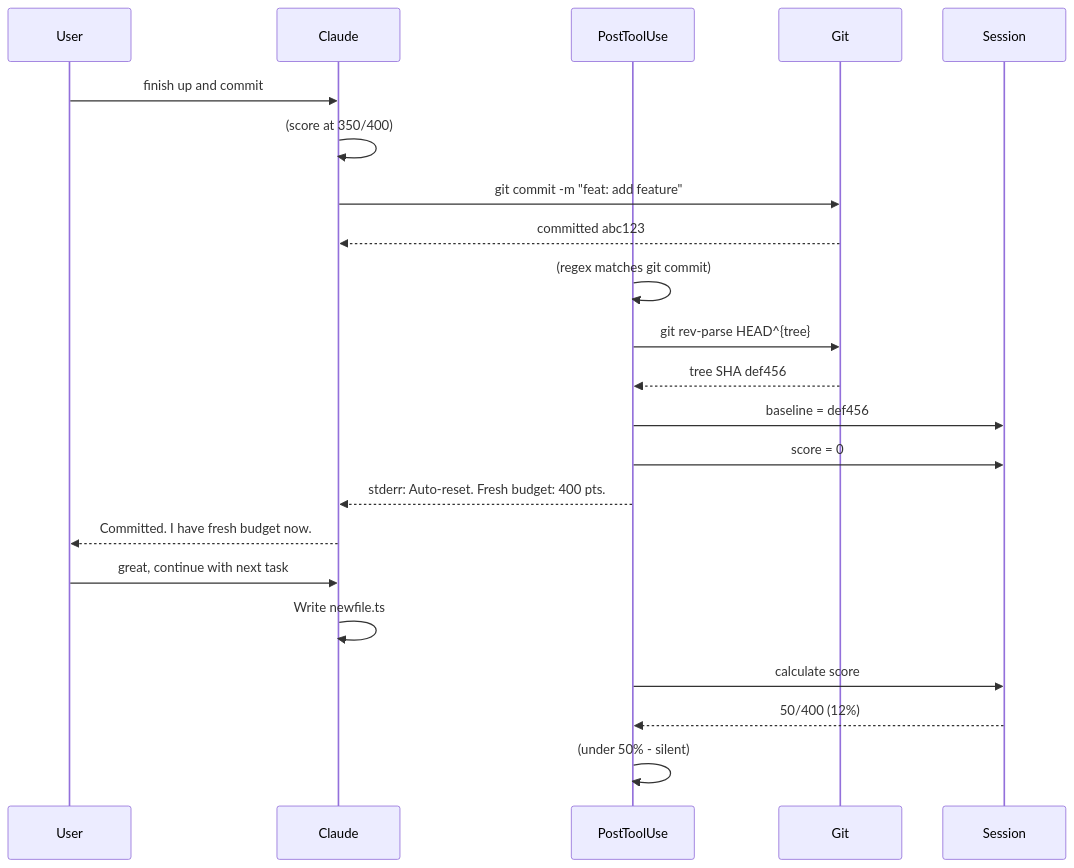
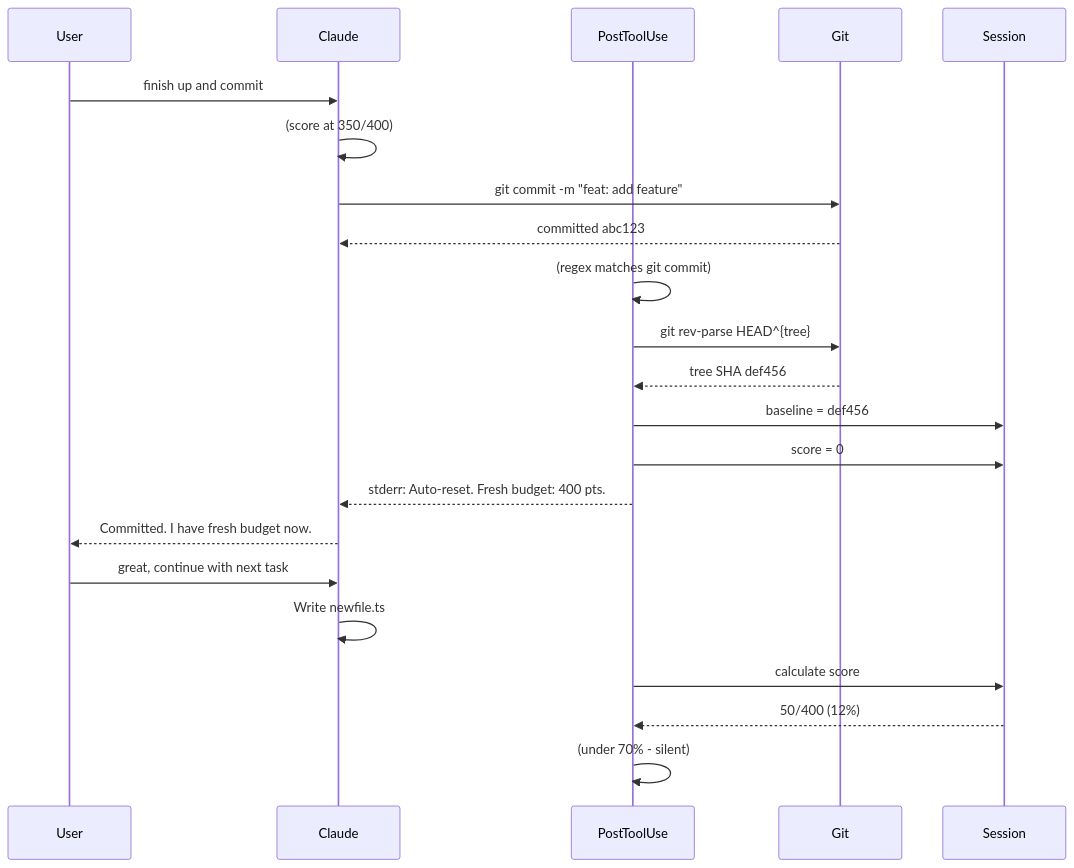
One commit to kylesnowschwartz/claude-bumper-lanes changed the diagram in docs/auto-reset-commit-sequence.mmd. Above: the diagram before and after it, drawn with Mermaid. The commit also changed 5 other files, not shown here.

First line of the commit message:
docs: sync sequence diagrams with recent code changes

```diff
--- a/docs/auto-reset-commit-sequence.mmd
+++ b/docs/auto-reset-commit-sequence.mmd
@@ -1,60 +1,60 @@
 %% Auto-Reset on Commit: Invisible baseline capture after git commit
 %% Render: cat auto-reset-commit-sequence.mmd | mermaid-ascii -f -
 %% Focus: The "magic" that resets budget when Claude commits
 
 sequenceDiagram
     participant User
     participant Claude
     participant PTU as PostToolUse
     participant Git
     participant Sess as Session
 
     %% Context: Claude is working, approaching threshold
     User->>Claude: finish up and commit
     Claude->>Claude: (score at 350/400)
 
     %% Claude commits via Bash tool
     Claude->>Git: git commit -m "feat: add feature"
     Git-->>Claude: committed abc123
 
     %% PostToolUse fires for Bash
     PTU->>PTU: (regex matches git commit)
     PTU->>Git: git rev-parse HEAD^{tree}
     Git-->>PTU: tree SHA def456
 
     %% Reset baseline to committed state
     PTU->>Sess: baseline = def456
     PTU->>Sess: score = 0
     PTU-->>Claude: stderr: Auto-reset. Fresh budget: 400 pts.
 
     %% Claude continues with fresh budget
     Claude-->>User: Committed. I have fresh budget now.
     User->>Claude: great, continue with next task
     Claude->>Claude: Write newfile.ts
     PTU->>Sess: calculate score
     Sess-->>PTU: 50/400 (12%)
-    PTU->>PTU: (under 50% - silent)
+    PTU->>PTU: (under 70% - silent)
 
 %% ============================================================
 %% VALIDATION REFERENCES
 %% ============================================================
 %% - Commit detection: internal/hooks/post_tool_use.go:18 (regex)
-%% - Tree capture: internal/hooks/post_tool_use.go:59-65
+%% - Tree capture: internal/hooks/post_tool_use.go:60-65
 %% - Reset call: internal/hooks/post_tool_use.go:67-72
 %% - Feedback: internal/hooks/post_tool_use.go:75-77
 %%
 %% COMMIT PATTERN REGEX
 %% Matches: git commit, git -C /path commit, git --git-dir=/x commit
 %% Rejects: prose like "use git to commit"
 %%
 %% BENEFITS
 %% 1. No manual /bumper-reset needed after commit
 %% 2. Natural workflow: commit = checkpoint = fresh budget
 %% 3. Encourages atomic commits (commit often, stay under threshold)
 %%
 %% PAIN POINTS / EDGE CASES
 %% 1. Fires even if commit fails (regex matches command, not result)
 %% 2. User might not notice auto-reset happened (muted stderr)
 %% 3. Resets to HEAD^{tree} - if commit failed, baseline = old commit
 %% 4. No auto-reset for git commit --amend (same HEAD, tree may differ)
 %% 5. Branch switch also auto-resets (separate flow in Stop hook)
```
